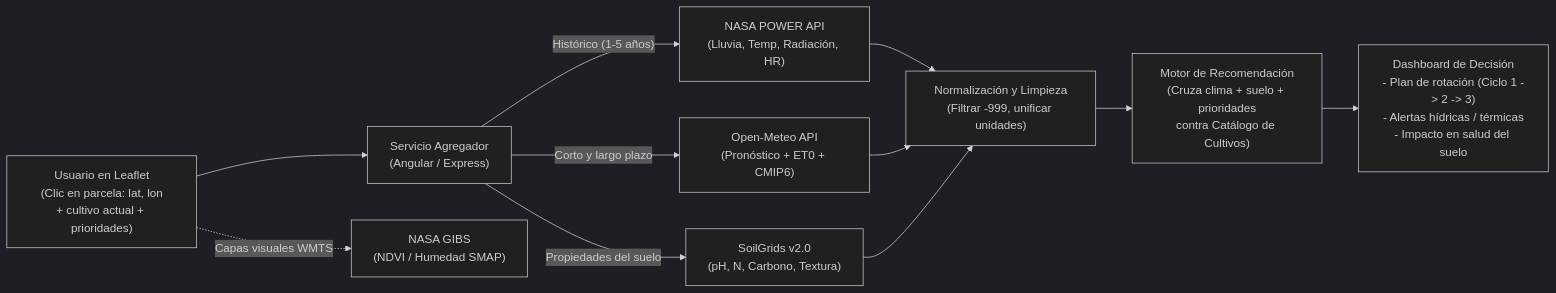
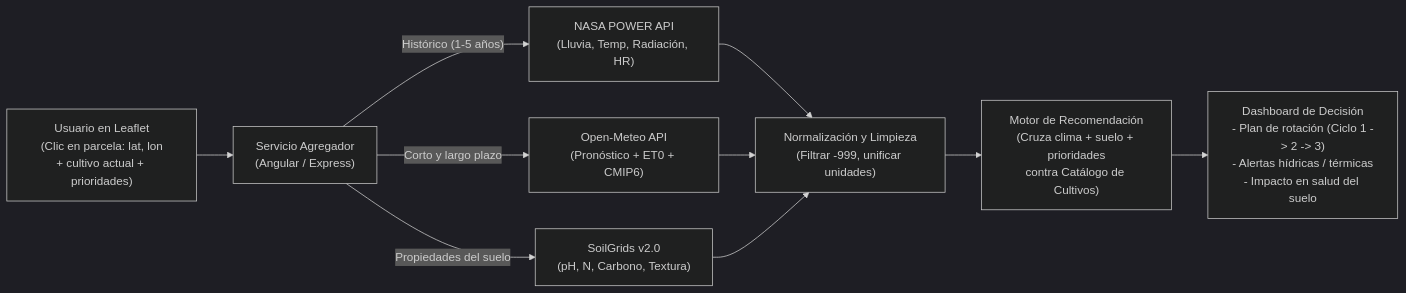
The diagram in CONTEXTO_PROYECTO.md (angelF14/agro-nasa), drawn with Mermaid (dark theme) before and after one commit. The commit also changed other lines of this file, not shown here.

````diff
--- a/CONTEXTO_PROYECTO.md
+++ b/CONTEXTO_PROYECTO.md
@@ -84,16 +81,15 @@
 ```mermaid
 flowchart LR
     U["Usuario en Leaflet\n(Clic en parcela: lat, lon\n+ cultivo actual + prioridades)"] --> AGG["Servicio Agregador\n(Angular / Express)"]
 
     AGG -->|"Histórico (1-5 años)"| NP["NASA POWER API\n(Lluvia, Temp, Radiación, HR)"]
     AGG -->|"Corto y largo plazo"| OM["Open-Meteo API\n(Pronóstico + ET0 + CMIP6)"]
     AGG -->|"Propiedades del suelo"| SG["SoilGrids v2.0\n(pH, N, Carbono, Textura)"]
-    U -.->|"Capas visuales WMTS"| GIBS["NASA GIBS\n(NDVI / Humedad SMAP)"]
 
     NP --> NORM["Normalización y Limpieza\n(Filtrar -999, unificar unidades)"]
     OM --> NORM
     SG --> NORM
 
     NORM --> ENGINE["Motor de Recomendación\n(Cruza clima + suelo + prioridades\ncontra Catálogo de Cultivos)"]
     ENGINE --> UI["Dashboard de Decisión\n- Plan de rotación (Ciclo 1 -> 2 -> 3)\n- Alertas hídricas / térmicas\n- Impacto en salud del suelo"]
 ```
````
